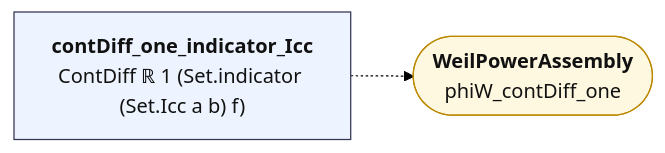
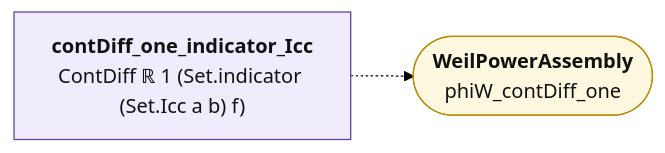
The diagram in map/lean_stage3/IndicatorContDiff.md (juliansambranojr/Primebeat_081426), drawn with Mermaid (forest theme) before and after one commit. The commit also changed other lines of this file and 398 other files, not shown here.

````diff
--- a/map/lean_stage3/IndicatorContDiff.md
+++ b/map/lean_stage3/IndicatorContDiff.md
@@ -12,11 +12,14 @@
 ```mermaid
 flowchart LR
-  n0["<b>contDiff_one_indicator_Icc</b><br/>ContDiff ℝ 1 (Set.indicator (Set.Icc a b) f)"]:::thm
+  n0["<b>contDiff_one_indicator_Icc</b><br/>ContDiff ℝ 1 (Set.indicator (Set.Icc a b) f)"]:::shp
   x0(["<b>WeilPowerAssembly</b><br/>phiW_contDiff_one"]):::ext
   n0 -.-> x0
+  classDef cnt fill:#dff5ec,stroke:#17694a,color:#111
+  classDef shp fill:#f1ecfb,stroke:#5b3fa0,color:#111
+  classDef rh fill:#ffe5e5,stroke:#c22,color:#111,stroke-width:2px
   classDef thm fill:#eef4ff,stroke:#335,color:#111
   classDef end_ fill:#e7f7e7,stroke:#2a7,color:#111,stroke-width:2px
   classDef lone fill:#fff,stroke:#999,color:#111,stroke-dasharray:4 3
   classDef bad fill:#ffe5e5,stroke:#c22,color:#111,stroke-width:2px
   classDef ext fill:#fff8e1,stroke:#b80,color:#111
 ```
````
